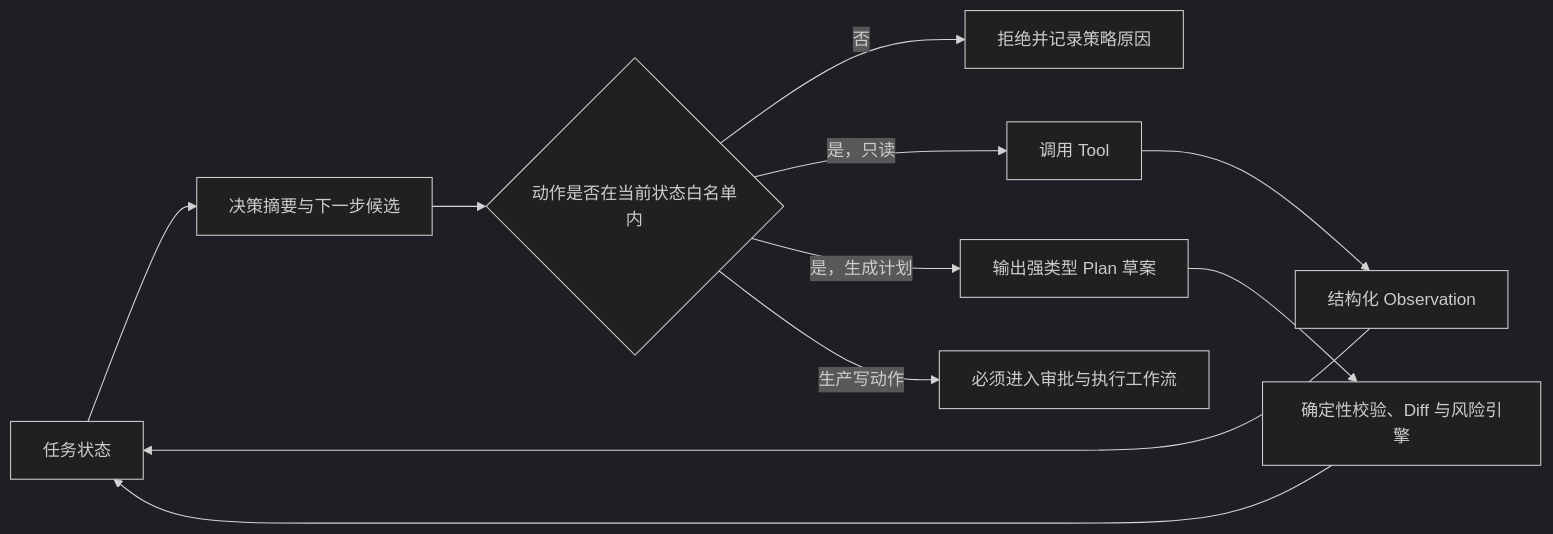
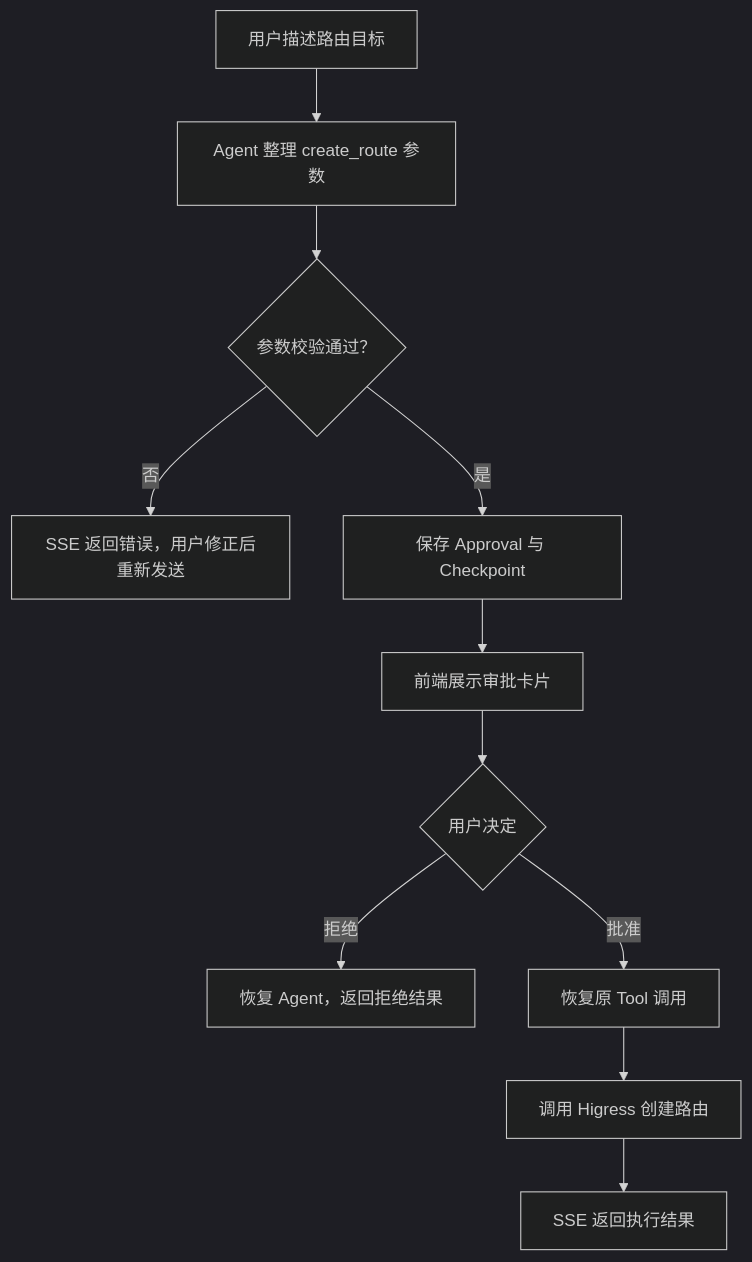
One commit to lgc202/gateway-agent changed the diagram in .codex/docs/01-企业级AI网关运维智能体产品需求文档.md. Above: the diagram before and after it, drawn with Mermaid (dark theme). The commit also changed other lines of this file and 19 other files, not shown here.

````diff
--- a/.codex/docs/01-企业级AI网关运维智能体产品需求文档.md
+++ b/.codex/docs/01-企业级AI网关运维智能体产品需求文档.md
@@ -554,13 +71,13 @@
 ```mermaid
-flowchart LR
-    S["任务状态"] --> T["决策摘要与下一步候选"]
-    T --> G{"动作是否在当前状态白名单内"}
-    G -- "否" --> X["拒绝并记录策略原因"]
-    G -- "是，只读" --> A["调用 Tool"]
-    A --> O["结构化 Observation"]
-    O --> S
-    G -- "是，生成计划" --> P["输出强类型 Plan 草案"]
-    P --> V["确定性校验、Diff 与风险引擎"]
-    V --> S
-    G -- "生产写动作" --> W["必须进入审批与执行工作流"]
+flowchart TD
+    U["用户描述路由目标"] --> A["Agent 整理 create_route 参数"]
+    A --> V{"参数校验通过？"}
+    V -->|"否"| M["SSE 返回错误，用户修正后重新发送"]
+    V -->|"是"| P["保存 Approval 与 Checkpoint"]
+    P --> C["前端展示审批卡片"]
+    C --> D{"用户决定"}
+    D -->|"拒绝"| R["恢复 Agent，返回拒绝结果"]
+    D -->|"批准"| E["恢复原 Tool 调用"]
+    E --> H["调用 Higress 创建路由"]
+    H --> O["SSE 返回执行结果"]
 ```
````
